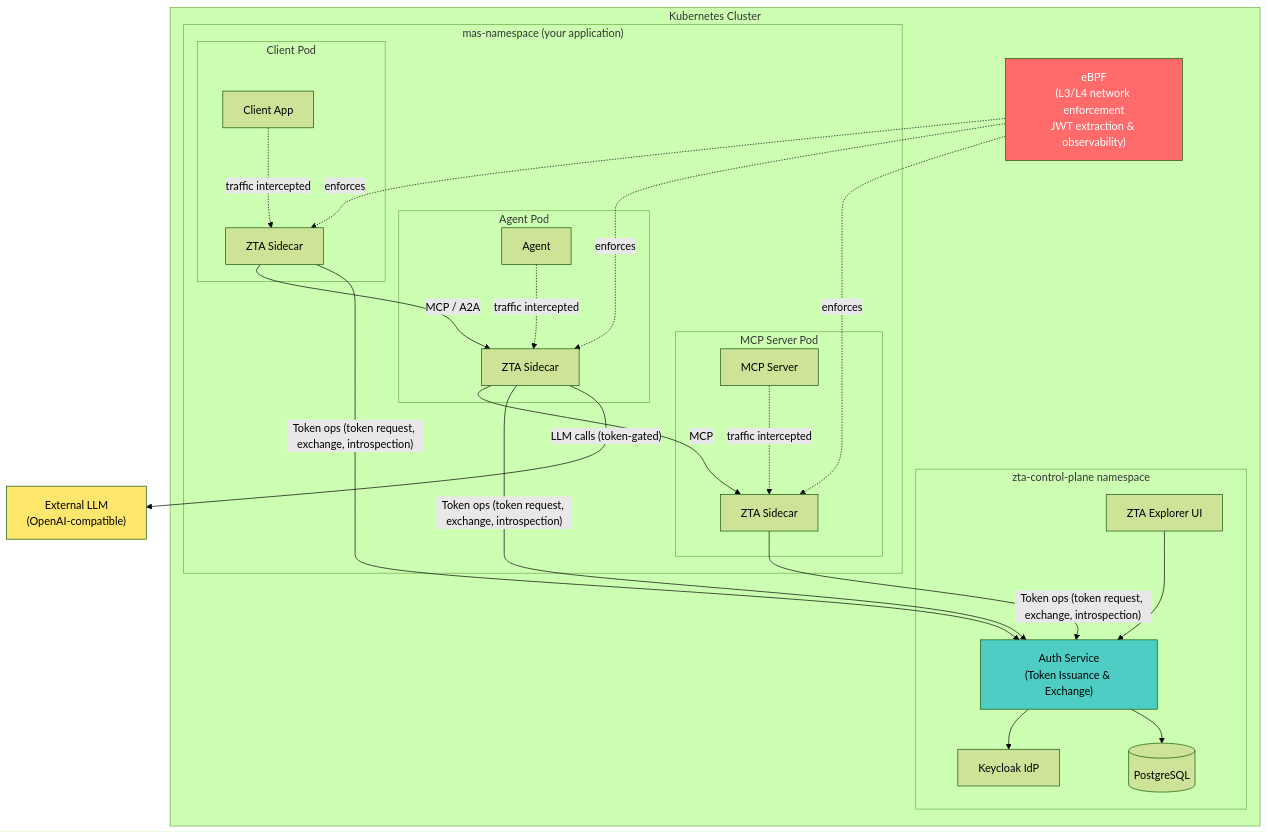
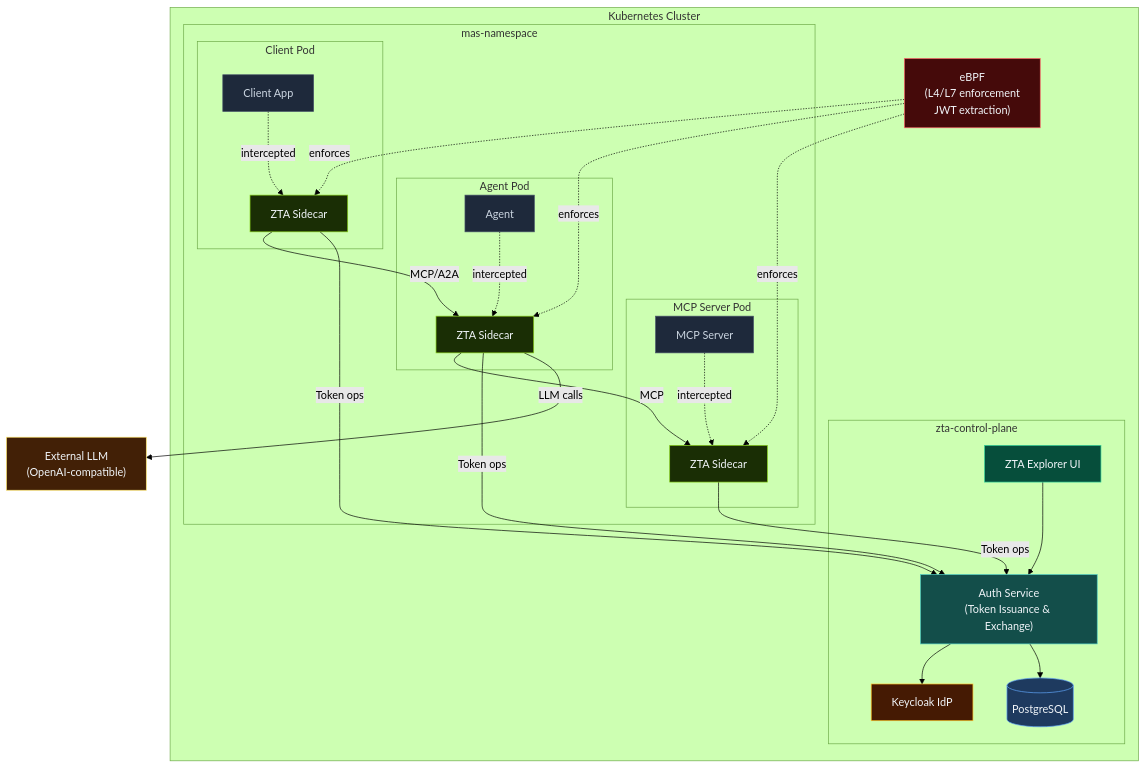
One commit to outshift-open/CASA changed the diagram in docs/ui/docs/architecture/overview.md. Above: the diagram before and after it, drawn with Mermaid (forest theme). The commit also changed other lines of this file and 8 other files, not shown here.

````diff
--- a/docs/ui/docs/architecture/overview.md
+++ b/docs/ui/docs/architecture/overview.md
@@ -13,46 +13,55 @@
 ```mermaid
 graph TB
     subgraph "Kubernetes Cluster"
-        subgraph "zta-control-plane namespace"
+        subgraph "zta-control-plane"
             AUTH["Auth Service\n(Token Issuance & Exchange)"]
             KC["Keycloak IdP"]
             PG[("PostgreSQL")]
             UI["ZTA Explorer UI"]
             AUTH --> KC
             AUTH --> PG
             UI --> AUTH
         end
 
-        subgraph "mas-namespace (your application)"
+        subgraph "mas-namespace"
             subgraph "Client Pod"
                 CL["Client App"]
                 CLS["ZTA Sidecar"]
-                CL -.->|"traffic intercepted"| CLS
+                CL -.->|intercepted| CLS
             end
             subgraph "Agent Pod"
                 AG["Agent"]
                 AGS["ZTA Sidecar"]
-                AG -.->|"traffic intercepted"| AGS
+                AG -.->|intercepted| AGS
             end
             subgraph "MCP Server Pod"
                 MCP["MCP Server"]
                 MCPS["ZTA Sidecar"]
-                MCP -.->|"traffic intercepted"| MCPS
+                MCP -.->|intercepted| MCPS
             end
-            CLS -->|"MCP / A2A"| AGS
+            CLS -->|"MCP/A2A"| AGS
             AGS -->|"MCP"| MCPS
         end
 
-        EBPF["eBPF\n(L3/L4 network enforcement\nJWT extraction & observability)"]
-        EBPF -.->|"enforces"| CLS
-        EBPF -.->|"enforces"| AGS
-        EBPF -.->|"enforces"| MCPS
+        EBPF["eBPF\n(L4/L7 enforcement\nJWT extraction)"]
+        EBPF -.->|enforces| CLS
+        EBPF -.->|enforces| AGS
+        EBPF -.->|enforces| MCPS
     end
 
-    CLS & AGS & MCPS -->|"Token ops (token request, exchange, introspection)"| AUTH
-    AGS -->|"LLM calls (token-gated)"| LLM["External LLM\n(OpenAI-compatible)"]
+    CLS & AGS & MCPS -->|"Token ops"| AUTH
+    AGS -->|"LLM calls"| LLM["External LLM\n(OpenAI-compatible)"]
 
-    style AUTH fill:#4ecdc4,color:#000
-    style EBPF fill:#ff6b6b,color:#fff
-    style LLM fill:#ffe66d,color:#000
+    style AUTH fill:#134e4a,stroke:#4ecdc4,color:#f1f5f9
+    style KC   fill:#451a03,stroke:#fbbf24,color:#f1f5f9
+    style PG   fill:#1e3a5f,stroke:#60a5fa,color:#f1f5f9
+    style UI   fill:#064e3b,stroke:#34d399,color:#f1f5f9
+    style CL   fill:#1e293b,stroke:#475569,color:#cbd5e1
+    style CLS  fill:#1a2e05,stroke:#84cc16,color:#f1f5f9
+    style AG   fill:#1e293b,stroke:#475569,color:#cbd5e1
+    style AGS  fill:#1a2e05,stroke:#84cc16,color:#f1f5f9
+    style MCP  fill:#1e293b,stroke:#475569,color:#cbd5e1
+    style MCPS fill:#1a2e05,stroke:#84cc16,color:#f1f5f9
+    style EBPF fill:#450a0a,stroke:#ff6b6b,color:#f1f5f9
+    style LLM  fill:#422006,stroke:#ffe66d,color:#f1f5f9
 ```
````
